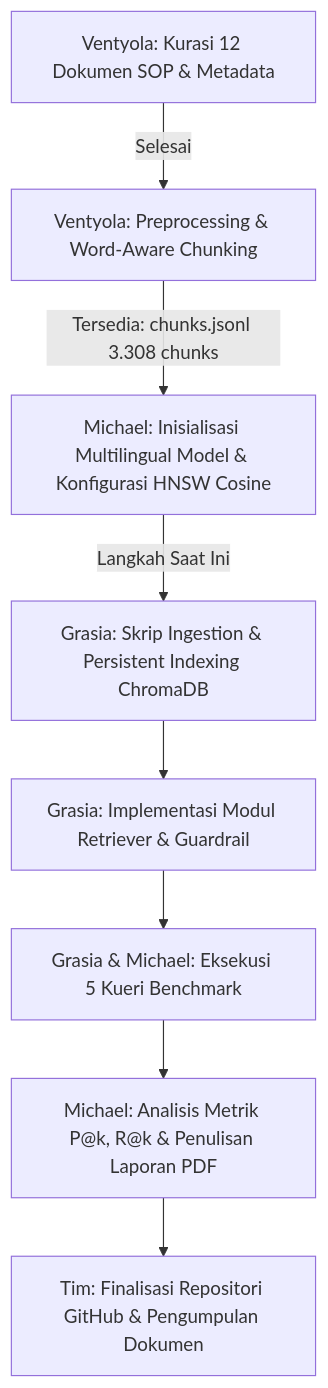
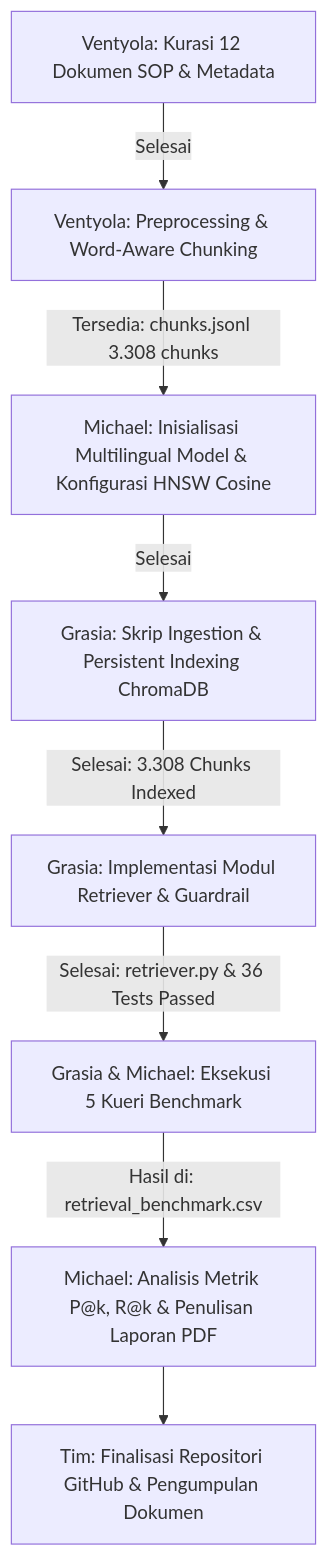
The second of 2 diagrams in docs/milestone3_plan.md (MichaelNasution/Enterprise-AI-Copilot), drawn with Mermaid before and after one commit. The commit also changed other lines of this file and 4 other files, not shown here.

````diff
--- a/docs/milestone3_plan.md
+++ b/docs/milestone3_plan.md
@@ -167,10 +174,10 @@
 ```mermaid
 flowchart TD
     A[Ventyola: Kurasi 12 Dokumen SOP & Metadata] -->|Selesai| B[Ventyola: Preprocessing & Word-Aware Chunking]
     B -->|Tersedia: chunks.jsonl 3.308 chunks| C[Michael: Inisialisasi Multilingual Model & Konfigurasi HNSW Cosine]
-    C -->|Langkah Saat Ini| D[Grasia: Skrip Ingestion & Persistent Indexing ChromaDB]
-    D --> E[Grasia: Implementasi Modul Retriever & Guardrail]
-    E --> F[Grasia & Michael: Eksekusi 5 Kueri Benchmark]
-    F --> G[Michael: Analisis Metrik P@k, R@k & Penulisan Laporan PDF]
+    C -->|Selesai| D[Grasia: Skrip Ingestion & Persistent Indexing ChromaDB]
+    D -->|Selesai: 3.308 Chunks Indexed| E[Grasia: Implementasi Modul Retriever & Guardrail]
+    E -->|Selesai: retriever.py & 36 Tests Passed| F[Grasia & Michael: Eksekusi 5 Kueri Benchmark]
+    F -->|Hasil di: retrieval_benchmark.csv| G[Michael: Analisis Metrik P@k, R@k & Penulisan Laporan PDF]
     G --> H[Tim: Finalisasi Repositori GitHub & Pengumpulan Dokumen]
 ```
````
